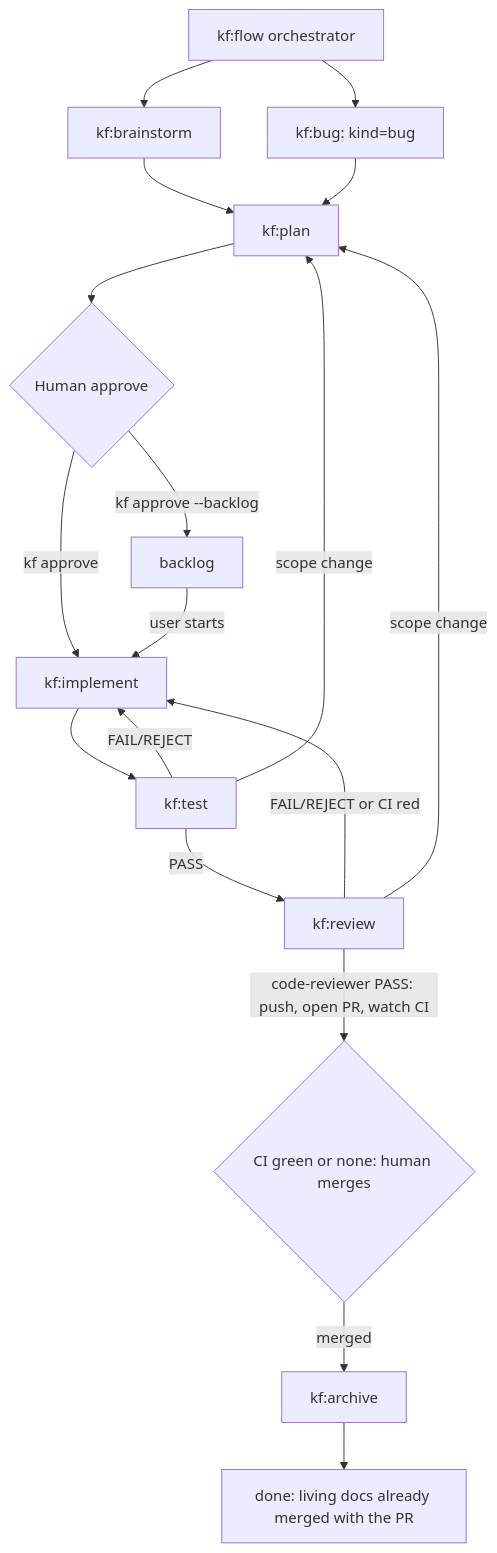
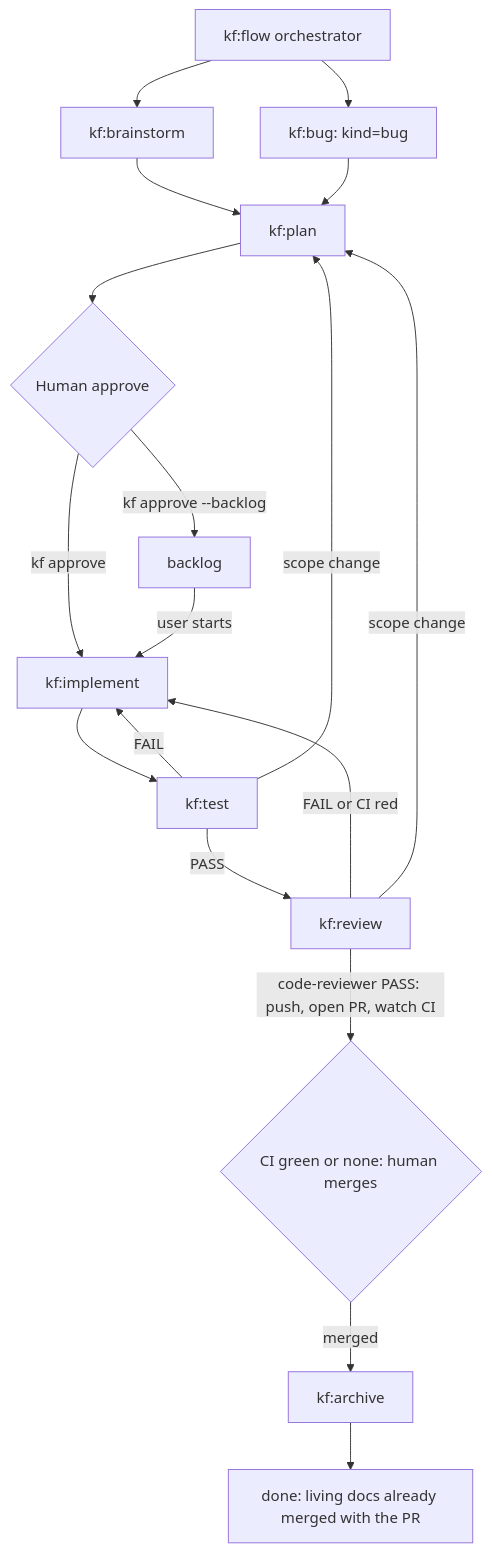
The diagram in docs/workflow/skills.md (phuthuycoding/kanban-flow), drawn with Mermaid before and after one commit. The commit also changed other lines of this file and 33 other files, not shown here.

First line of the commit message:
feat(skills): testing reads the stage record, one fix rule, REJECT folds into FAIL (#166) (#175)

````diff
--- a/docs/workflow/skills.md
+++ b/docs/workflow/skills.md
@@ -11,20 +11,20 @@
 ```mermaid
 flowchart TD
     O[kf:flow orchestrator] --> B[kf:brainstorm]
     O --> BUG[kf:bug: kind=bug]
     B --> P[kf:plan]
     BUG --> P
     P --> H{Human approve}
     H -->|kf approve| I[kf:implement]
     H -->|kf approve --backlog| BL[backlog]
     BL -->|user starts| I
     I --> T[kf:test]
     T -->|PASS| R[kf:review]
-    T -->|FAIL/REJECT| I
+    T -->|FAIL| I
     T -->|scope change| P
     R -->|code-reviewer PASS: push, open PR, watch CI| M{CI green or none: human merges}
     M -->|merged| A[kf:archive]
-    R -->|FAIL/REJECT or CI red| I
+    R -->|FAIL or CI red| I
     R -->|scope change| P
     A --> DONE[done: living docs already merged with the PR]
 ```
````
